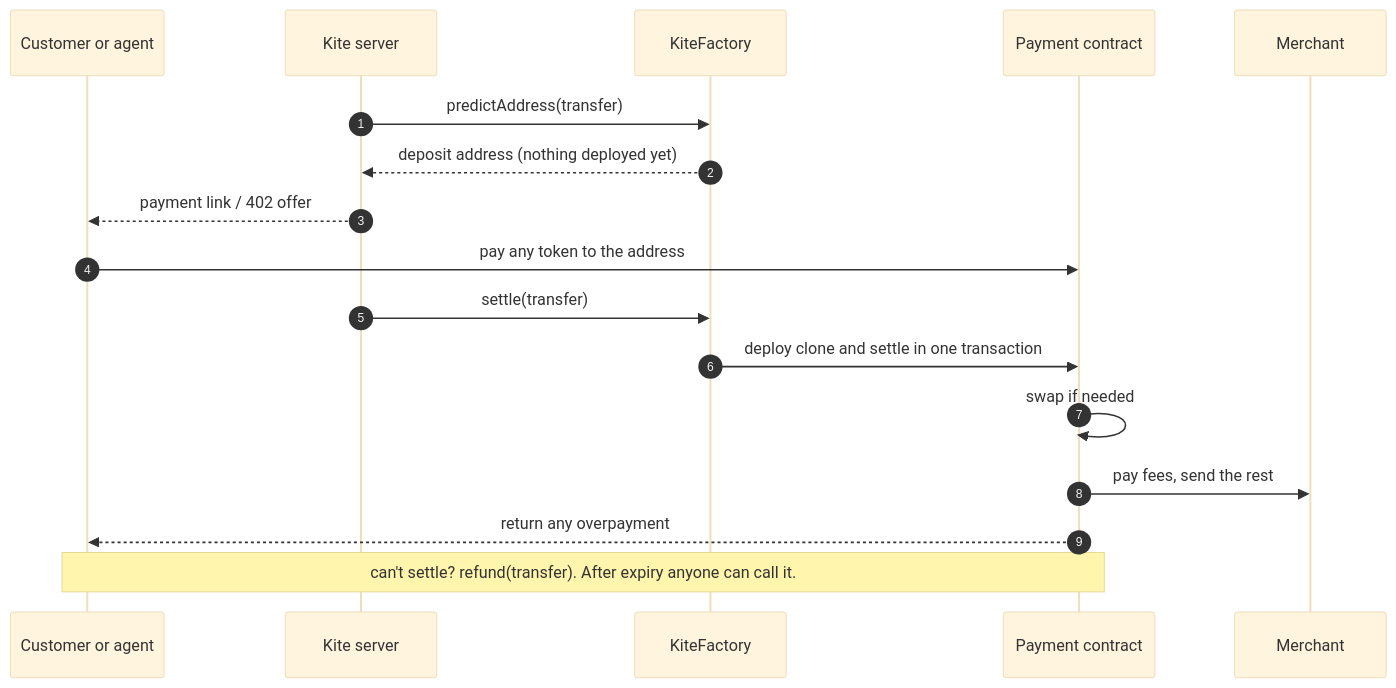
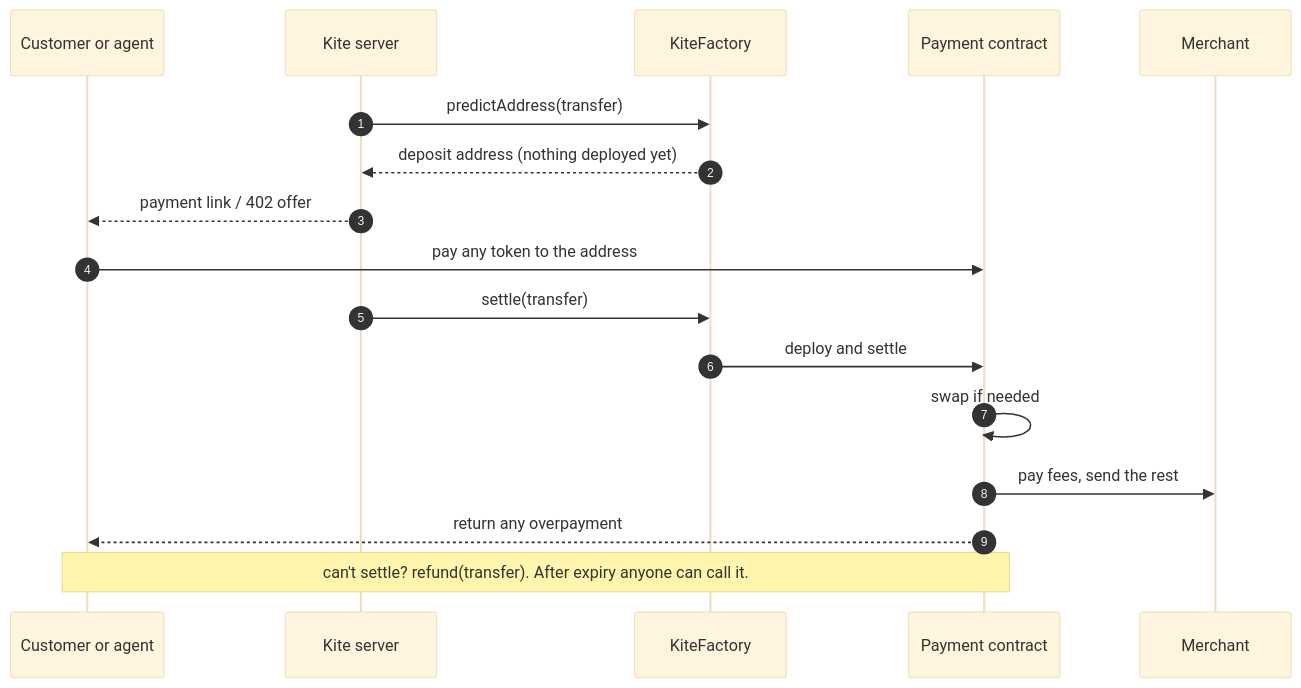
The diagram in profile/README.md (Kite-01/.github), drawn with Mermaid (base theme) before and after one commit. The commit also changed other lines of this file and 18 other files, not shown here.

````diff
--- a/profile/README.md
+++ b/profile/README.md
@@ -48,20 +52,20 @@
 ```mermaid
 sequenceDiagram
     autonumber
     participant C as Customer or agent
     participant K as Kite server
     participant F as KiteFactory
     participant P as Payment contract
     participant M as Merchant
 
     K->>F: predictAddress(transfer)
     F-->>K: deposit address (nothing deployed yet)
     K-->>C: payment link / 402 offer
     C->>P: pay any token to the address
     K->>F: settle(transfer)
-    F->>P: deploy clone and settle in one transaction
+    F->>P: deploy and settle
     P->>P: swap if needed
     P->>M: pay fees, send the rest
     P-->>C: return any overpayment
     Note over C,P: can't settle? refund(transfer). After expiry anyone can call it.
 ```
````
